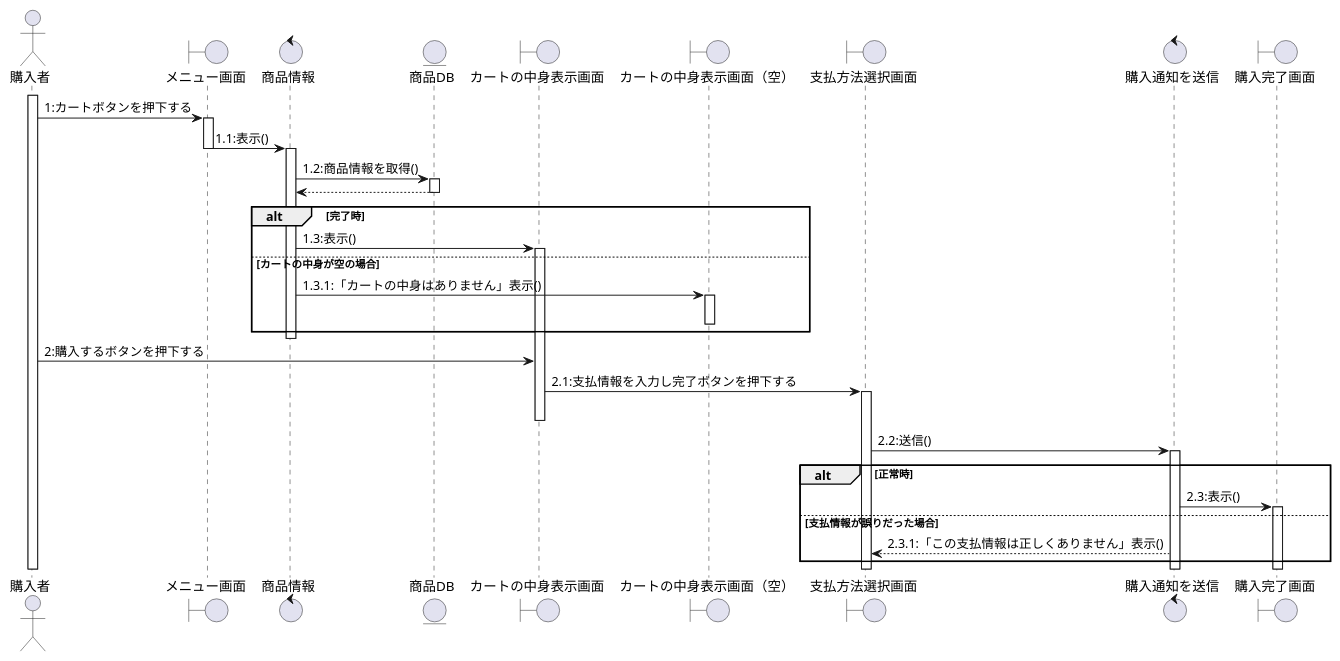
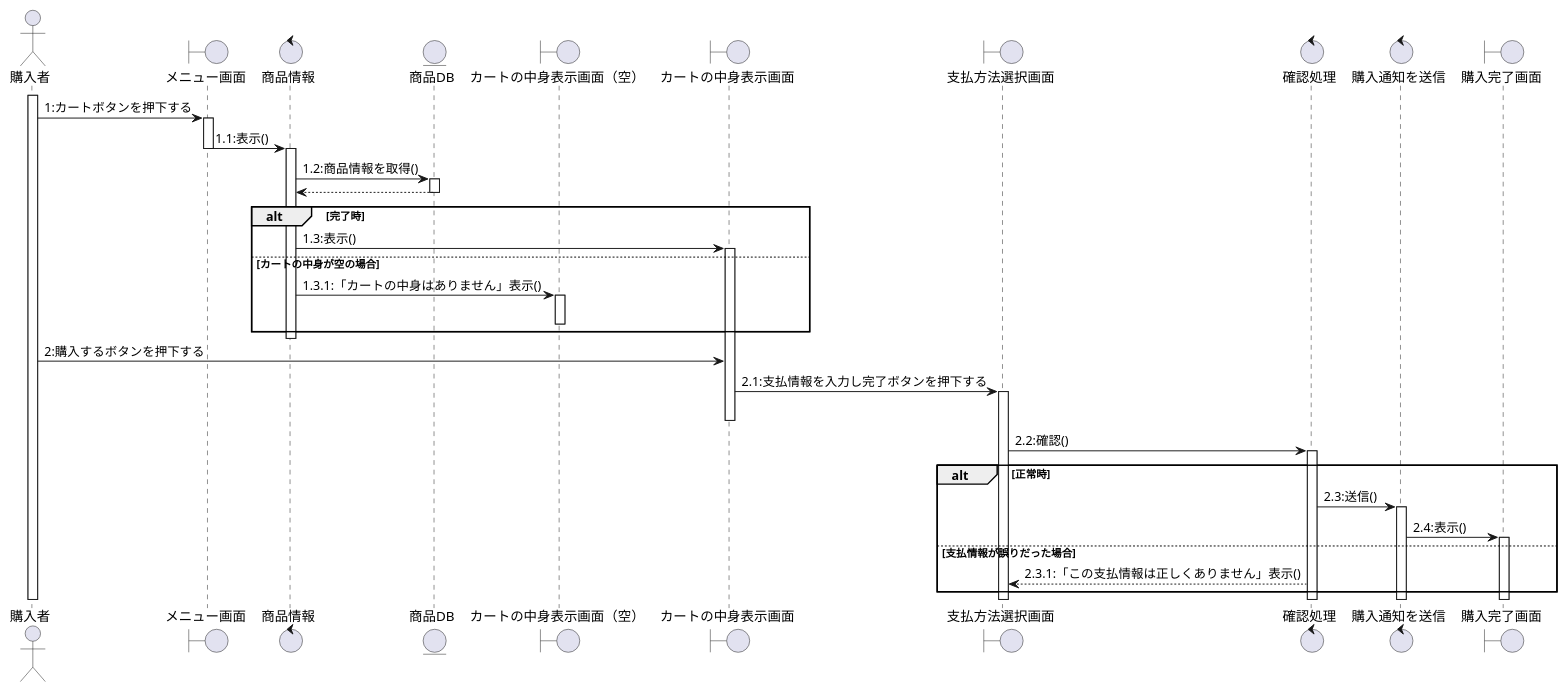
One commit to T-kouki/local-vege-link changed the diagram in シーケンス_購入者/商品購入.puml. Above: the diagram before and after it, drawn with PlantUML.

Commit message:
10/29 商品購入　三川

```diff
--- a/シーケンス_購入者/商品購入.puml
+++ b/シーケンス_購入者/商品購入.puml
@@ -1,45 +1,48 @@
 @startuml
 
 actor 購入者
 boundary メニュー画面
 control 商品情報
 entity 商品DB
+boundary "カートの中身表示画面（空）"
 boundary カートの中身表示画面
-boundary "カートの中身表示画面（空）"
 boundary 支払方法選択画面
+control 確認処理
 control 購入通知を送信
 boundary 購入完了画面
 
 activate 購入者
 購入者 -> メニュー画面:1:カートボタンを押下する
 activate メニュー画面
 メニュー画面 -> 商品情報:1.1:表示()
 deactivate メニュー画面
 activate 商品情報
 商品情報 -> 商品DB:1.2:商品情報を取得()
 activate 商品DB
 商品DB --> 商品情報:
 deactivate 商品DB
 alt 完了時
 商品情報 -> カートの中身表示画面:1.3:表示()
 activate カートの中身表示画面
 else カートの中身が空の場合
     商品情報 -> "カートの中身表示画面（空）" :1.3.1:「カートの中身はありません」表示()
     activate "カートの中身表示画面（空）"
     deactivate "カートの中身表示画面（空）"
 end
 deactivate 商品情報
 購入者 -> カートの中身表示画面:2:購入するボタンを押下する
 カートの中身表示画面 -> 支払方法選択画面:2.1:支払情報を入力し完了ボタンを押下する
 activate 支払方法選択画面
 deactivate カートの中身表示画面
-支払方法選択画面 -> 購入通知を送信:2.2:送信()
-activate 購入通知を送信
+支払方法選択画面 -> 確認処理:2.2:確認()
+activate 確認処理
 alt 正常時
-    購入通知を送信 -> 購入完了画面:2.3:表示()
+    確認処理 -> 購入通知を送信:2.3:送信()
+    activate 購入通知を送信
+    購入通知を送信 -> 購入完了画面:2.4:表示()
     activate 購入完了画面
 else 支払情報が誤りだった場合
-    購入通知を送信 --> 支払方法選択画面:2.3.1:「この支払情報は正しくありません」表示()
+    確認処理 --> 支払方法選択画面:2.3.1:「この支払情報は正しくありません」表示()
 end
 
 @enduml
```
